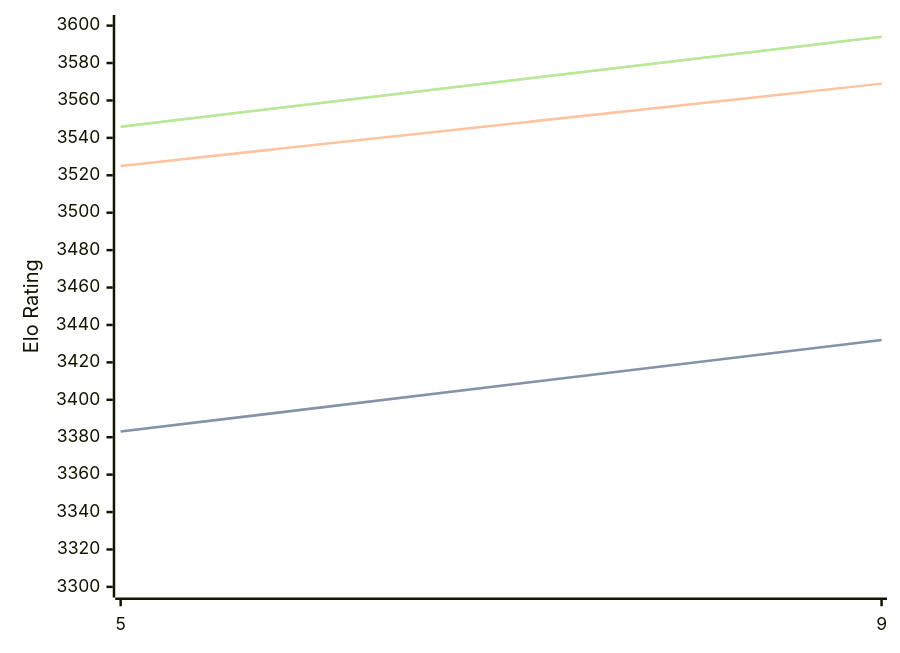
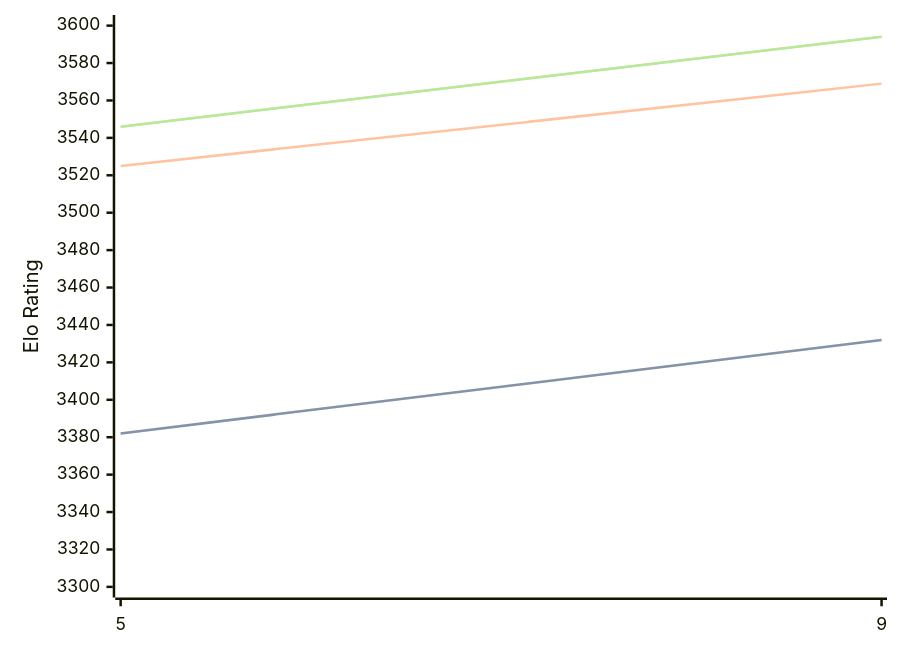
Before and after one commit to computer-chess-index/cci: the diagram in engines/Crystal.md, drawn with Mermaid. The commit also changed other lines of this file, not shown here.

````diff
--- a/engines/Crystal.md
+++ b/engines/Crystal.md
@@ -32,11 +32,11 @@
 ```mermaid
 %%{init: {"theme":"base","themeVariables":{"seriesColors:['#a3a3a3','#222221','#faa371']}}}%%
 xychart-beta
   x-axis ["5", "9"]
   y-axis "Elo Rating" 3300 --> 3600
-  line "" [3383, 3432]
-  line "STC (8.0+0.08s)" [3383, 3432]
+  line "" [3382, 3432]
+  line "STC (8.0+0.08s)" [3382, 3432]
   line "LTC (60.0+0.60s)" [3525, 3569]
   line "" [3546, 3594]
   line "VLTC (2m24s+1.12s)" [3546, 3594]
 ```
````
